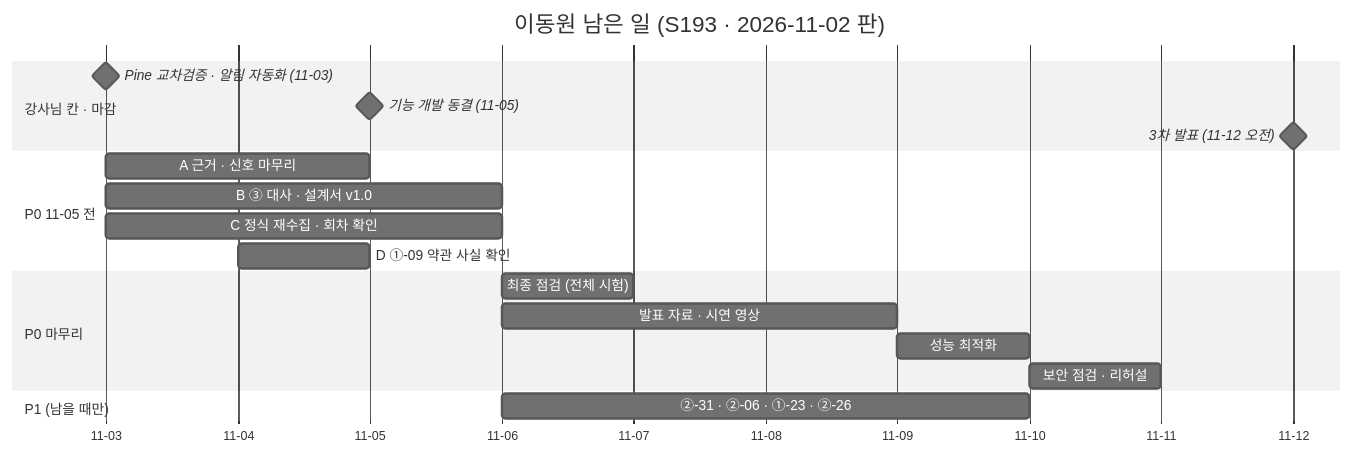
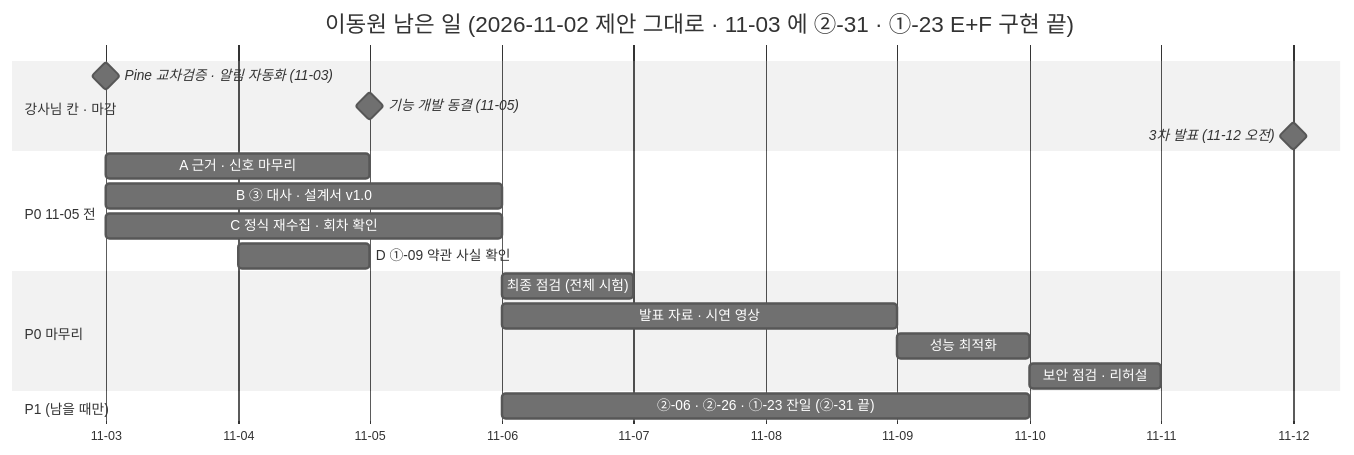
The diagram in docs/phase-3/00-management/plans/이동원파트-할일.md (EST-team-project/Qurious), drawn with Mermaid (neutral theme) before and after one commit. The commit also changed other lines of this file and 15 other files, not shown here.

````diff
--- a/docs/phase-3/00-management/plans/이동원파트-할일.md
+++ b/docs/phase-3/00-management/plans/이동원파트-할일.md
@@ -165,22 +283,22 @@
 ```mermaid
 gantt
-    title 이동원 남은 일 (S193 · 2026-11-02 판)
+    title 이동원 남은 일 (2026-11-02 제안 그대로 · 11-03 에 ②-31 · ①-23 E+F 구현 끝)
     dateFormat YYYY-MM-DD
     axisFormat %m-%d
     section 강사님 칸 · 마감
     Pine 교차검증 · 알림 자동화 (11-03)   :milestone, 2026-11-03, 0d
     기능 개발 동결 (11-05)                :milestone, 2026-11-05, 0d
     3차 발표 (11-12 오전)                 :milestone, 2026-11-12, 0d
     section P0 11-05 전
     A 근거 · 신호 마무리                  :2026-11-03, 2d
     B ③ 대사 · 설계서 v1.0                :2026-11-03, 3d
     C 정식 재수집 · 회차 확인             :2026-11-03, 3d
     D ①-09 약관 사실 확인                 :2026-11-04, 1d
     section P0 마무리
     최종 점검 (전체 시험)                 :2026-11-06, 1d
     발표 자료 · 시연 영상                 :2026-11-06, 3d
     성능 최적화                           :2026-11-09, 1d
     보안 점검 · 리허설                    :2026-11-10, 1d
     section P1 (남을 때만)
-    ②-31 · ②-06 · ①-23 · ②-26             :2026-11-06, 4d
+    ②-06 · ②-26 · ①-23 잔일 (②-31 끝)    :2026-11-06, 4d
 ```
````
